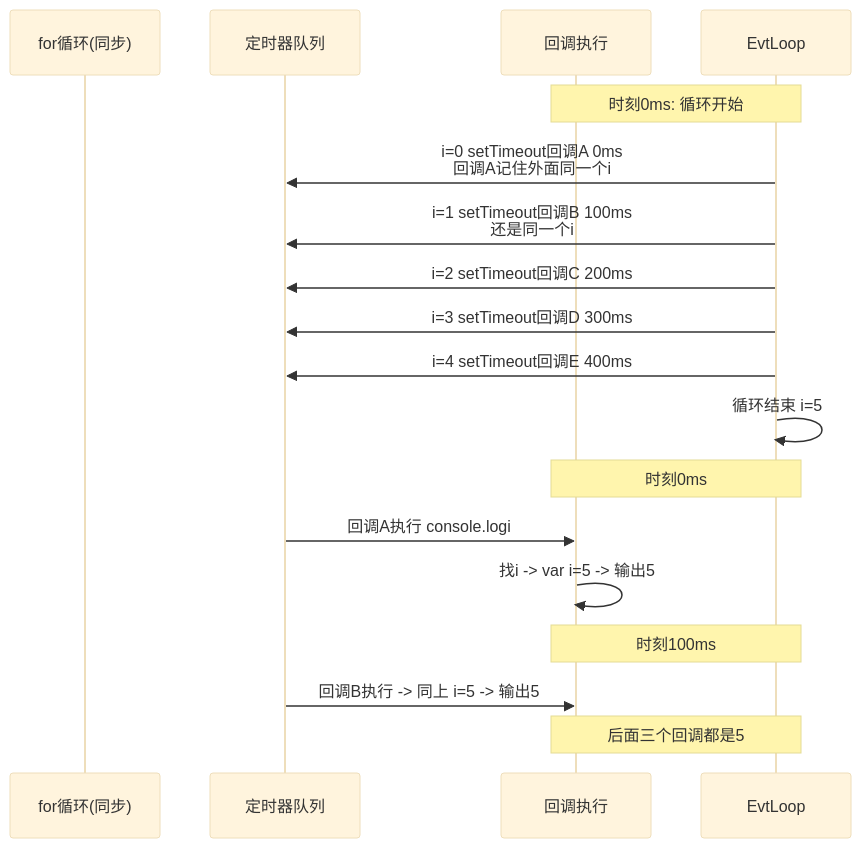
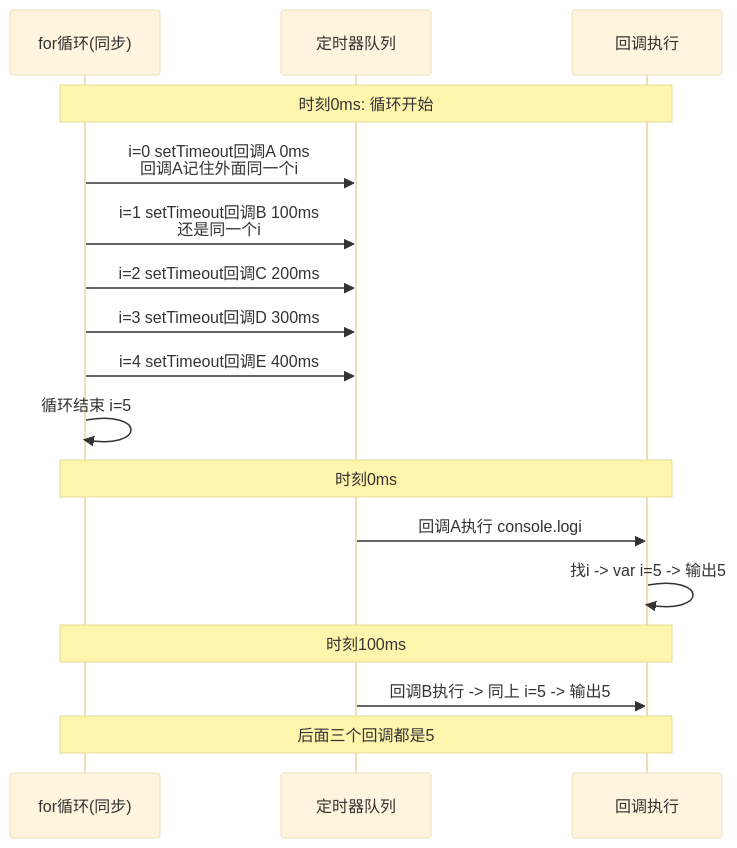
One commit to TianhuaYuan/personal-site changed the first of 7 diagrams in content/笔记/语言与框架/TypeScript-React/八股/JavaScript/11-闭包Closure.md. Above: the diagram before and after it, drawn with Mermaid (base theme). The commit also changed other lines of this file and 875 other files, not shown here.

````diff
--- a/content/笔记/语言与框架/TypeScript-React/八股/JavaScript/11-闭包Closure.md
+++ b/content/笔记/语言与框架/TypeScript-React/八股/JavaScript/11-闭包Closure.md
@@ -455,45 +345,37 @@
 ```mermaid
 
 sequenceDiagram
 
-  participant LoopR as for循环(同步)
+  participant EvtLoop as for循环(同步)
 
   participant Q as 定时器队列
 
   participant Callback as 回调执行
-
-
 
   Note over EvtLoop,Callback: 时刻0ms: 循环开始
 
   EvtLoop->>Q: i=0 setTimeout回调A 0ms<br/>回调A记住外面同一个i
 
   EvtLoop->>Q: i=1 setTimeout回调B 100ms<br/>还是同一个i
 
   EvtLoop->>Q: i=2 setTimeout回调C 200ms
 
   EvtLoop->>Q: i=3 setTimeout回调D 300ms
 
   EvtLoop->>Q: i=4 setTimeout回调E 400ms
 
   EvtLoop->>EvtLoop: 循环结束 i=5
 
-
-
   Note over EvtLoop,Callback: 时刻0ms
 
   Q->>Callback: 回调A执行 console.logi
 
   Callback->>Callback: 找i -> var i=5 -> 输出5
 
-
-
   Note over EvtLoop,Callback: 时刻100ms
 
   Q->>Callback: 回调B执行 -> 同上 i=5 -> 输出5
 
-
-
   Note over EvtLoop,Callback: 后面三个回调都是5
 
 ```
````
